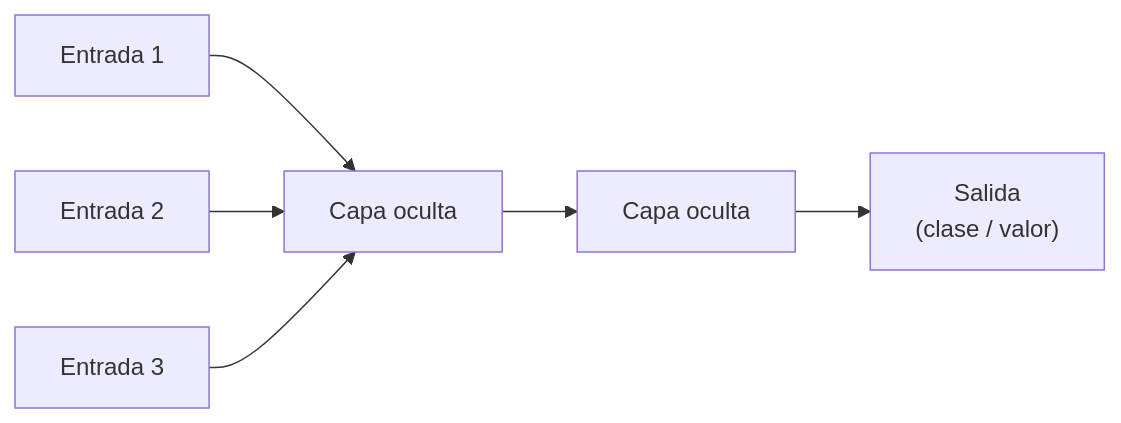
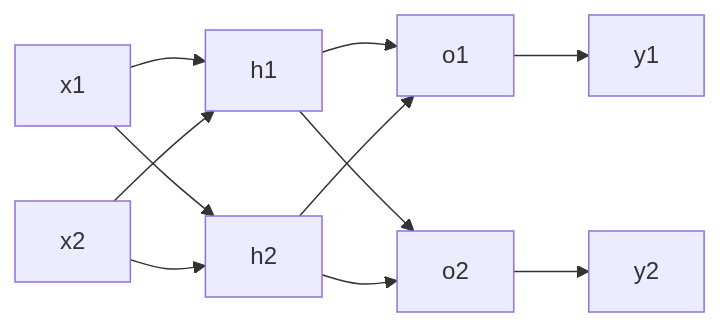
Before and after one commit to totogr/Tomas-Goncalves-Rei: the diagram in Materias/Ciencia de Datos/Guías de estudio/10 - Redes neuronales (perceptrón, MLP, backpropagation, SOM).md, drawn with Mermaid. The commit also changed other lines of this file and 11 other files, not shown here.

````diff
--- a/Materias/Ciencia de Datos/Guías de estudio/10 - Redes neuronales (perceptrón, MLP, backpropagation, SOM).md
+++ b/Materias/Ciencia de Datos/Guías de estudio/10 - Redes neuronales (perceptrón, MLP, backpropagation, SOM).md
@@ -28,8 +125,13 @@
 ```mermaid
 flowchart LR
-    I1["Entrada 1"] --> H1["Capa oculta"]
-    I2["Entrada 2"] --> H1
-    I3["Entrada 3"] --> H1
-    H1 --> H2["Capa oculta"]
-    H2 --> O["Salida<br/>(clase / valor)"]
+    I1["x1"] --> H1["h1"]
+    I1 --> H2["h2"]
+    I2["x2"] --> H1
+    I2 --> H2
+    H1 --> O1["o1"]
+    H1 --> O2["o2"]
+    H2 --> O1
+    H2 --> O2
+    O1 --> Y1["y1"]
+    O2 --> Y2["y2"]
 ```
````
